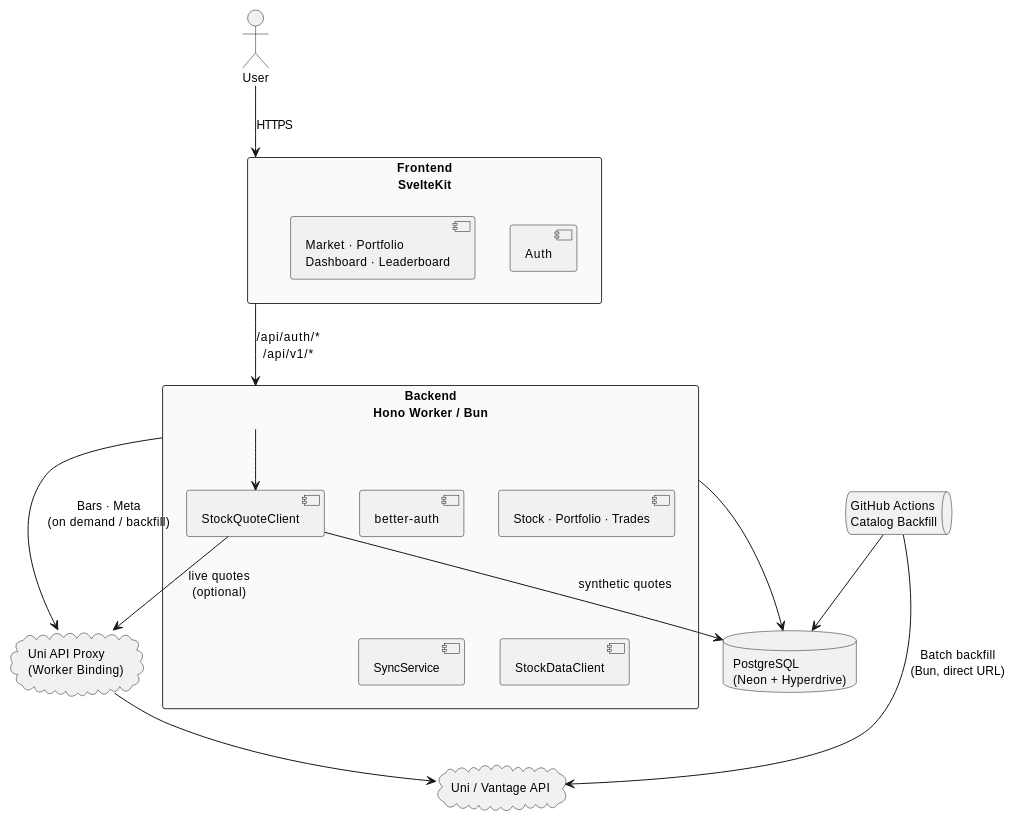
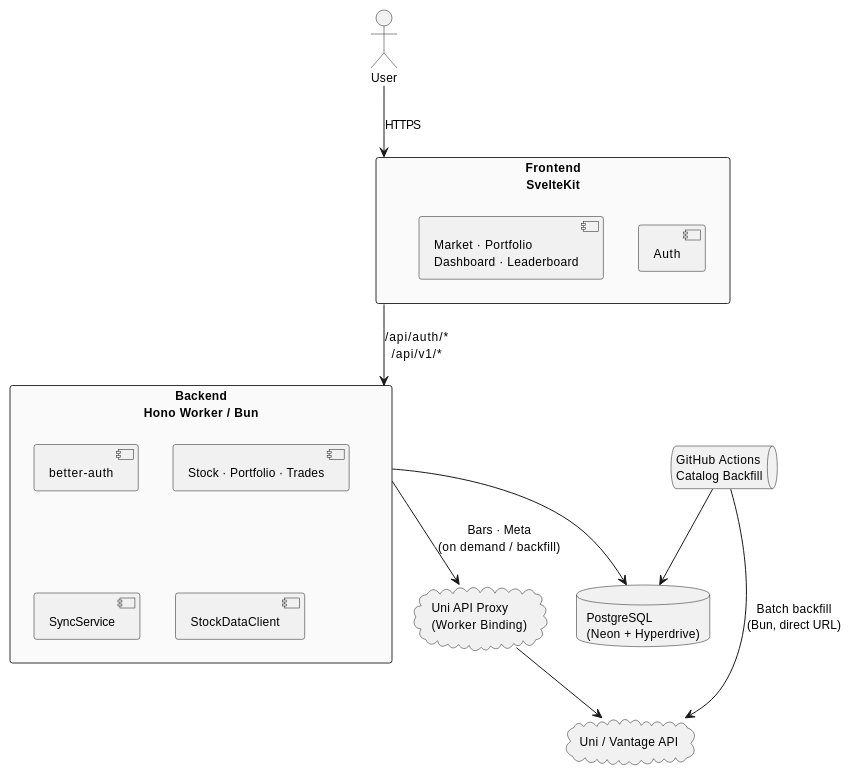
One commit to Scalerepublic/scalerepublic changed the diagram in docs/architecture.md. Above: the diagram before and after it, drawn with PlantUML. The commit also changed other lines of this file and 13 other files, not shown here.

First line of the commit message:
Refactor stock quote handling and enhance synthetic price generation

````diff
--- a/docs/architecture.md
+++ b/docs/architecture.md
@@ -7,42 +7,38 @@
 ```plantuml
 @startuml ScaleRepublic
 skinparam shadowing false
 skinparam defaultFontSize 12
 skinparam rectangle {
   BackgroundColor #fafafa
   BorderColor #333
 }
 
 actor User
 
 rectangle "Frontend\nSvelteKit" as FE {
   [Auth]
   [Market · Portfolio\nDashboard · Leaderboard]
 }
 
 rectangle "Backend\nHono Worker / Bun" as BE {
   [better-auth]
   [Stock · Portfolio · Trades]
   [SyncService]
-  [StockQuoteClient]
   [StockDataClient]
 }
 
 database "PostgreSQL\n(Neon + Hyperdrive)" as DB
 cloud "Uni API Proxy\n(Worker Binding)" as PROXY
 cloud "Uni / Vantage API" as EXT
 queue "GitHub Actions\nCatalog Backfill" as GHA
 
 User --> FE : HTTPS
 FE --> BE : /api/auth/*\n/api/v1/*
 BE --> DB
 BE --> PROXY : Bars · Meta\n(on demand / backfill)
 PROXY --> EXT
 GHA --> EXT : Batch backfill\n(Bun, direct URL)
 GHA --> DB
-BE --> StockQuoteClient
-StockQuoteClient --> DB : synthetic quotes
-StockQuoteClient --> PROXY : live quotes\n(optional)
 
 @enduml
 ```
````
